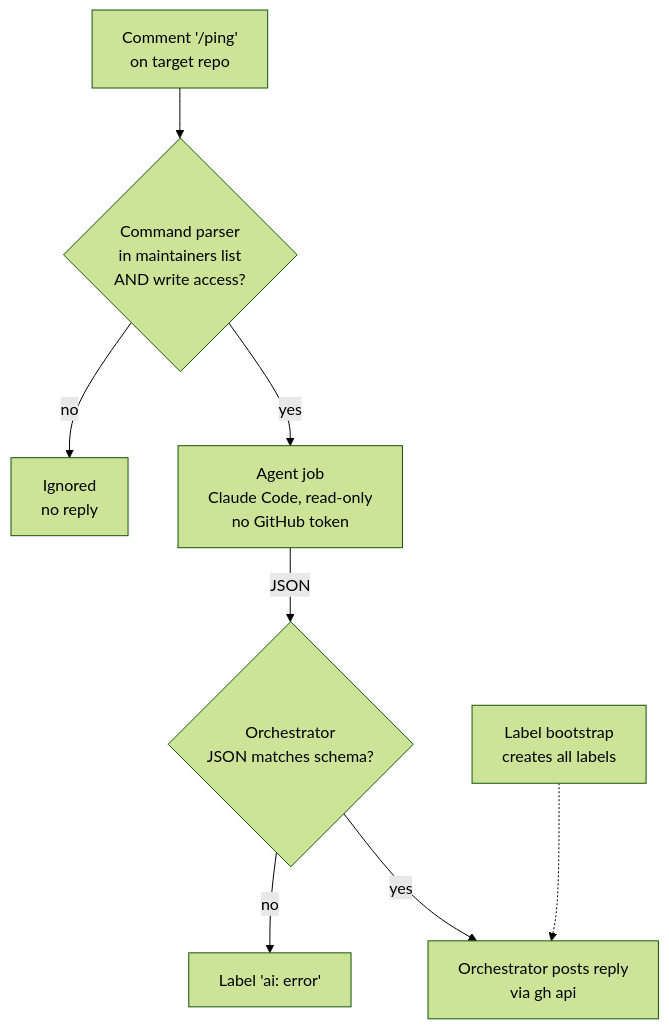
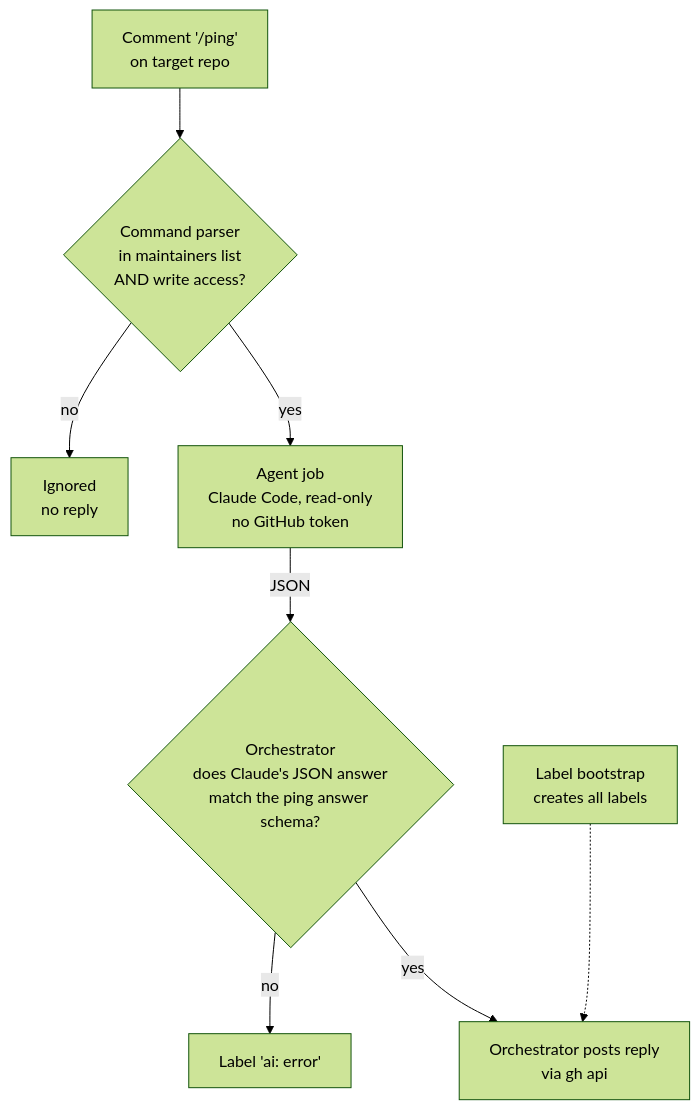
Before and after one commit to esciara/ai-workflows: the second of 2 diagrams in docs/diagrams.md, drawn with Mermaid (forest theme). The commit also changed other lines of this file, not shown here.

First line of the commit message:
docs: clickable WP overview, done/pending styling, clearer WP1 diagram

````diff
--- a/docs/diagrams.md
+++ b/docs/diagrams.md
@@ -44,10 +92,10 @@
 ```mermaid
 flowchart TD
   C["Comment '/ping'<br/>on target repo"] --> P{"Command parser<br/>in maintainers list<br/>AND write access?"}
   P -- no --> I["Ignored<br/>no reply"]
   P -- yes --> AG["Agent job<br/>Claude Code, read-only<br/>no GitHub token"]
-  AG -- JSON --> V{"Orchestrator<br/>JSON matches schema?"}
+  AG -- JSON --> V{"Orchestrator<br/>does Claude's JSON answer<br/>match the ping answer schema?"}
   V -- no --> E["Label 'ai: error'"]
   V -- yes --> R["Orchestrator posts reply<br/>via gh api"]
   L["Label bootstrap<br/>creates all labels"] -.-> R
 ```
````
